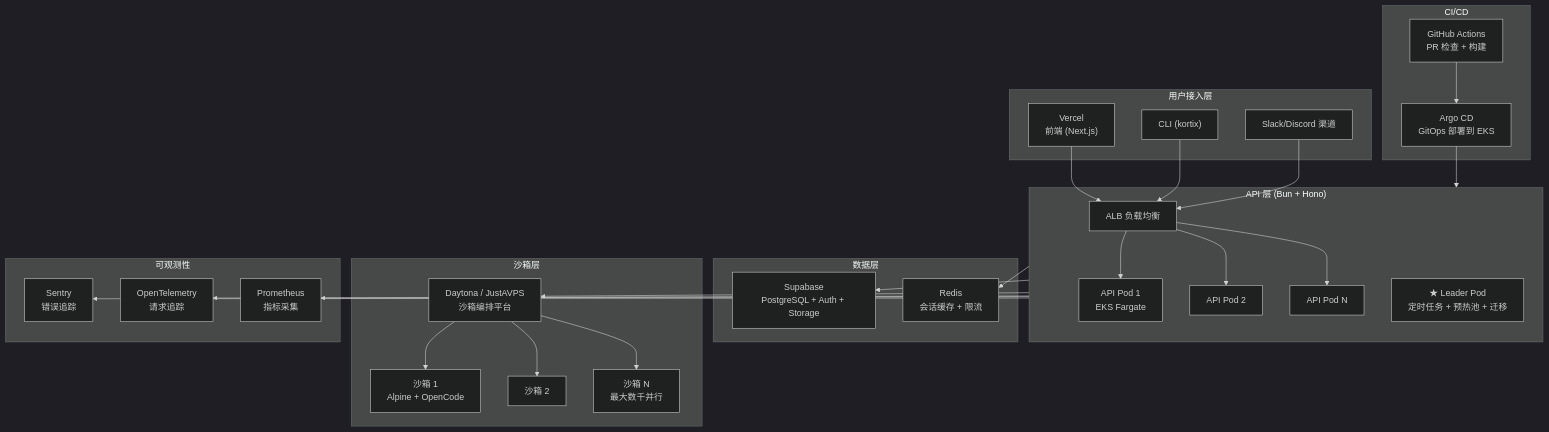
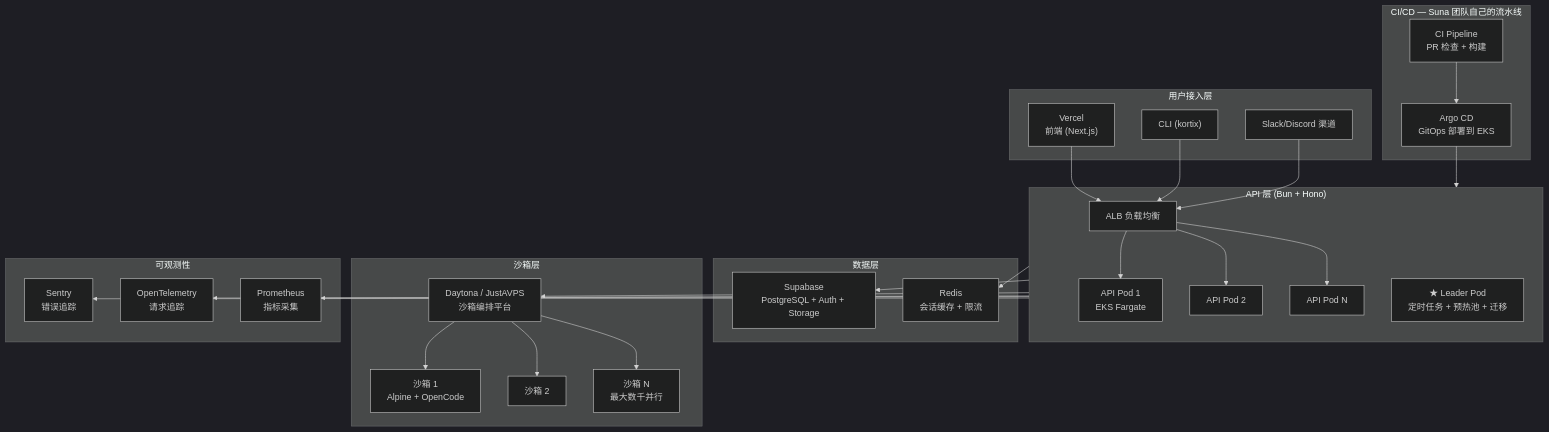
Before and after one commit to SilkLee/full-stack-guide: diagram 11 of 19 in suna-deep-dive.md, drawn with Mermaid (dark theme). The commit also changed other lines of this file, not shown here.

Commit message:
Clarify: GitHub is only used by Suna team for dogfooding, Suna only needs standard Git protocol, works with GitLab

````diff
--- a/suna-deep-dive.md
+++ b/suna-deep-dive.md
@@ -741,53 +743,53 @@
 ```mermaid
 flowchart TB
     subgraph EDGE["用户接入层"]
         VERCEL["Vercel<br/>前端 (Next.js)"]
         CLI["CLI (kortix)"]
         SLACK["Slack/Discord 渠道"]
     end
 
     subgraph API_LAYER["API 层 (Bun + Hono)"]
         LB["ALB 负载均衡"]
         API1["API Pod 1<br/>EKS Fargate"]
         API2["API Pod 2"]
         API3["API Pod N"]
         LEADER["★ Leader Pod<br/>定时任务 + 预热池 + 迁移"]
     end
 
     subgraph DATA["数据层"]
         SUPABASE["Supabase<br/>PostgreSQL + Auth + Storage"]
         REDIS["Redis<br/>会话缓存 + 限流"]
     end
 
     subgraph SANDBOX["沙箱层"]
         DAYTONA["Daytona / JustAVPS<br/>沙箱编排平台"]
         SB1["沙箱 1<br/>Alpine + OpenCode"]
         SB2["沙箱 2"]
         SBN["沙箱 N<br/>最大数千并行"]
     end
 
-    subgraph CI["CI/CD"]
-        GHA["GitHub Actions<br/>PR 检查 + 构建"]
+    subgraph CI["CI/CD — Suna 团队自己的流水线"]
+        GHA["CI Pipeline<br/>PR 检查 + 构建"]
         ARGO["Argo CD<br/>GitOps 部署到 EKS"]
     end
 
     subgraph OBS["可观测性"]
         SENTRY["Sentry<br/>错误追踪"]
         OTEL["OpenTelemetry<br/>请求追踪"]
         METRICS["Prometheus<br/>指标采集"]
     end
 
     VERCEL --> LB
     CLI --> LB
     SLACK --> LB
     LB --> API1 & API2 & API3
     API_LAYER --> SUPABASE
     API_LAYER --> REDIS
     API_LAYER --> DAYTONA
     DAYTONA --> SB1 & SB2 & SBN
     GHA --> ARGO
     ARGO --> API_LAYER
     API_LAYER --> SENTRY
     API_LAYER --> OTEL
     API_LAYER --> METRICS
 ```
````
